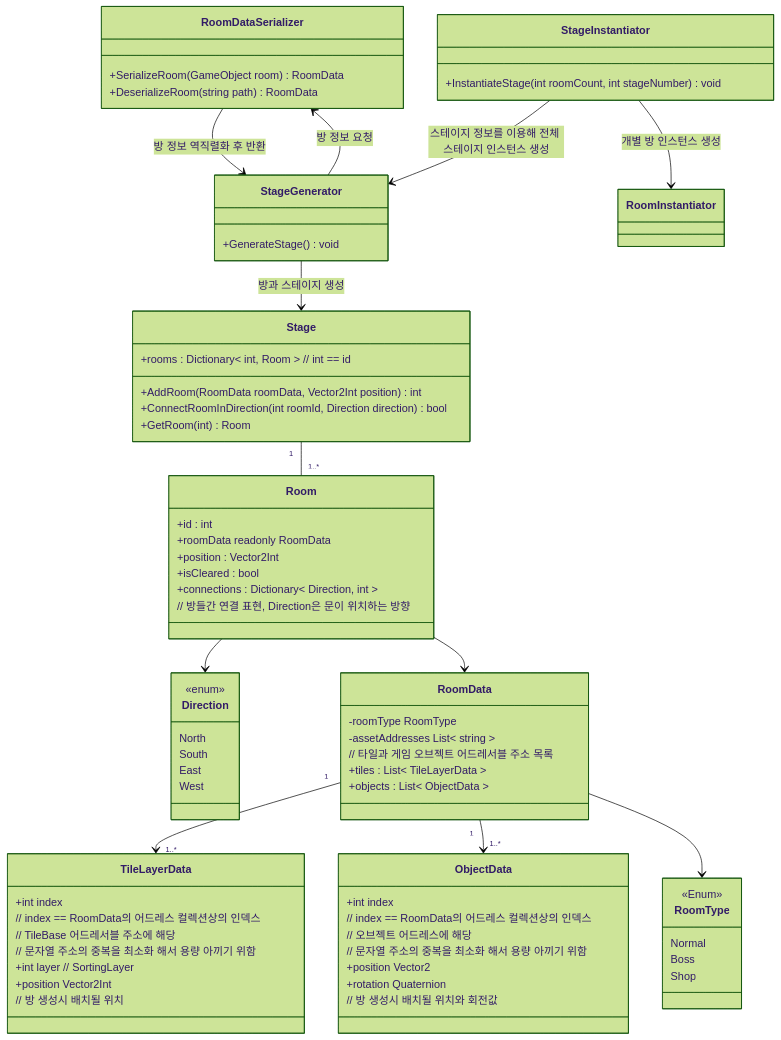
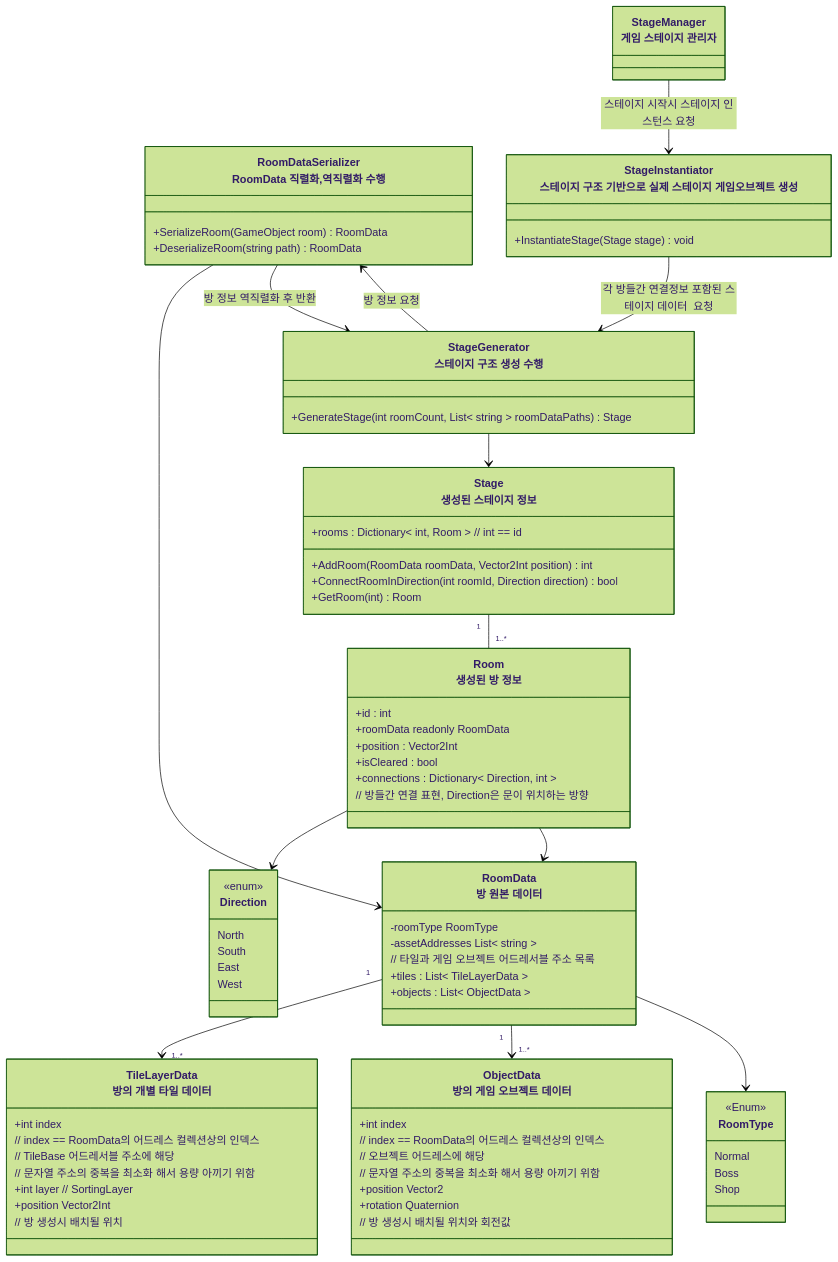
Before and after one commit to JIN5EOK/DungeonShooter: the first of 4 diagrams in Assets/_README/Stage_Spec.md, drawn with Mermaid (forest theme).

Commit message:
docs: 스테이지 구조 설계 문서 작성

```diff
--- a/Assets/_README/Stage_Spec.md
+++ b/Assets/_README/Stage_Spec.md
@@ -13,13 +13,13 @@
         East
         West
     }
-    class Stage {
+    class Stage["Stage<br>생성된 스테이지 정보"] {
         +rooms : Dictionary< int, Room > // int == id
         +AddRoom(RoomData roomData, Vector2Int position) int
         +ConnectRoomInDirection(int roomId, Direction direction) bool
         +GetRoom(int) Room
     }
-    class Room {
+    class Room["Room<br>생성된 방 정보"] {
         +id : int
         +roomData readonly RoomData 
         +position : Vector2Int
@@ -27,7 +27,7 @@
         +connections : Dictionary< Direction, int > 
         // 방들간 연결 표현, Direction은 문이 위치하는 방향
     }
-    class RoomData {
+    class RoomData["RoomData<br>방 원본 데이터"] {
         -roomType RoomType
         -assetAddresses List< string >
         // 타일과 게임 오브젝트 어드레서블 주소 목록
@@ -35,7 +35,7 @@
         +objects : List< ObjectData >
     }
 
-    class TileLayerData{
+    class TileLayerData["TileLayerData<br>방의 개별 타일 데이터"]{
         +int index
         // index == RoomData의 어드레스 컬렉션상의 인덱스
         // TileBase 어드레서블 주소에 해당
@@ -45,7 +45,7 @@
         // 방 생성시 배치될 위치
     }
 
-    class ObjectData{
+    class ObjectData["ObjectData<br>방의 게임 오브젝트 데이터"]{
         +int index
         // index == RoomData의 어드레스 컬렉션상의 인덱스
         // 오브젝트 어드레스에 해당
@@ -55,16 +55,20 @@
         // 방 생성시 배치될 위치와 회전값
     }
 
-    class RoomDataSerializer{
+    class RoomDataSerializer["RoomDataSerializer<br>RoomData 직렬화,역직렬화 수행"]{
         +SerializeRoom(GameObject room) RoomData
         +DeserializeRoom(string path) RoomData
     }
-    class StageGenerator{
-        +GenerateStage() void
+
+    class StageGenerator["StageGenerator<br>스테이지 구조 생성 수행"]{
+        +GenerateStage(int roomCount, List< string > roomDataPaths) Stage
     }
 
-    class StageInstantiator{
-        +InstantiateStage(int roomCount, int stageNumber) void
+    class StageInstantiator["StageInstantiator<br>스테이지 구조 기반으로 실제 스테이지 게임오브젝트 생성"]{
+        +InstantiateStage(Stage stage) void
+    }
+    
+    class StageManager["StageManager<br>게임 스테이지 관리자"]{
     }
 
     class RoomType{
@@ -73,13 +77,13 @@
         Boss
         Shop
     }
-
+    RoomDataSerializer --> RoomData
+    StageManager --> StageInstantiator : 스테이지 시작시 스테이지 인스턴스 요청
     Room --> Direction
     StageGenerator --> RoomDataSerializer : 방 정보 요청
-    StageGenerator --> Stage : 방과 스테이지 생성
+    StageGenerator --> Stage
     RoomDataSerializer -->  StageGenerator : 방 정보 역직렬화 후 반환
-    StageInstantiator --> StageGenerator : 스테이지 정보를 이용해 전체 스테이지 인스턴스 생성
-    StageInstantiator --> RoomInstantiator : 개별 방 인스턴스 생성
+    StageInstantiator --> StageGenerator : 각 방들간 연결정보 포함된 스테이지 데이터  요청
     Stage "1" -- "1..*" Room
     Room --> RoomData
     RoomData "1"-->"1..*" TileLayerData
```
